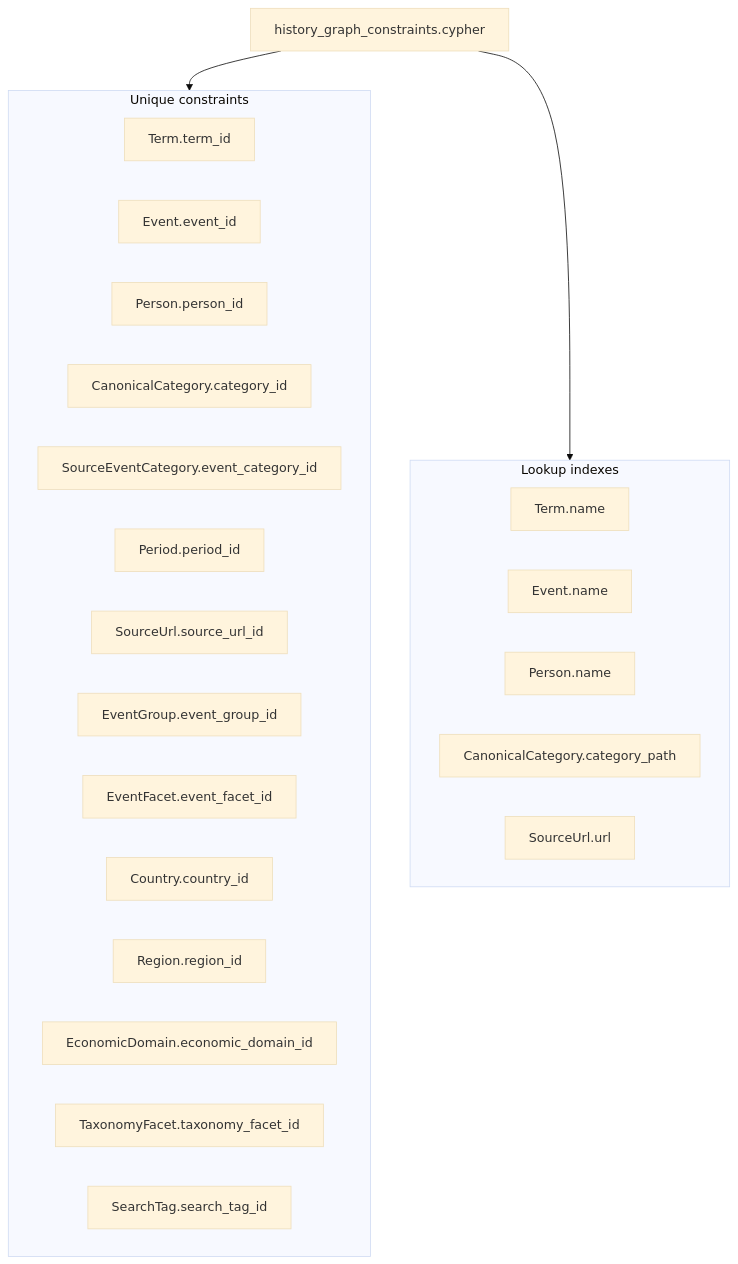
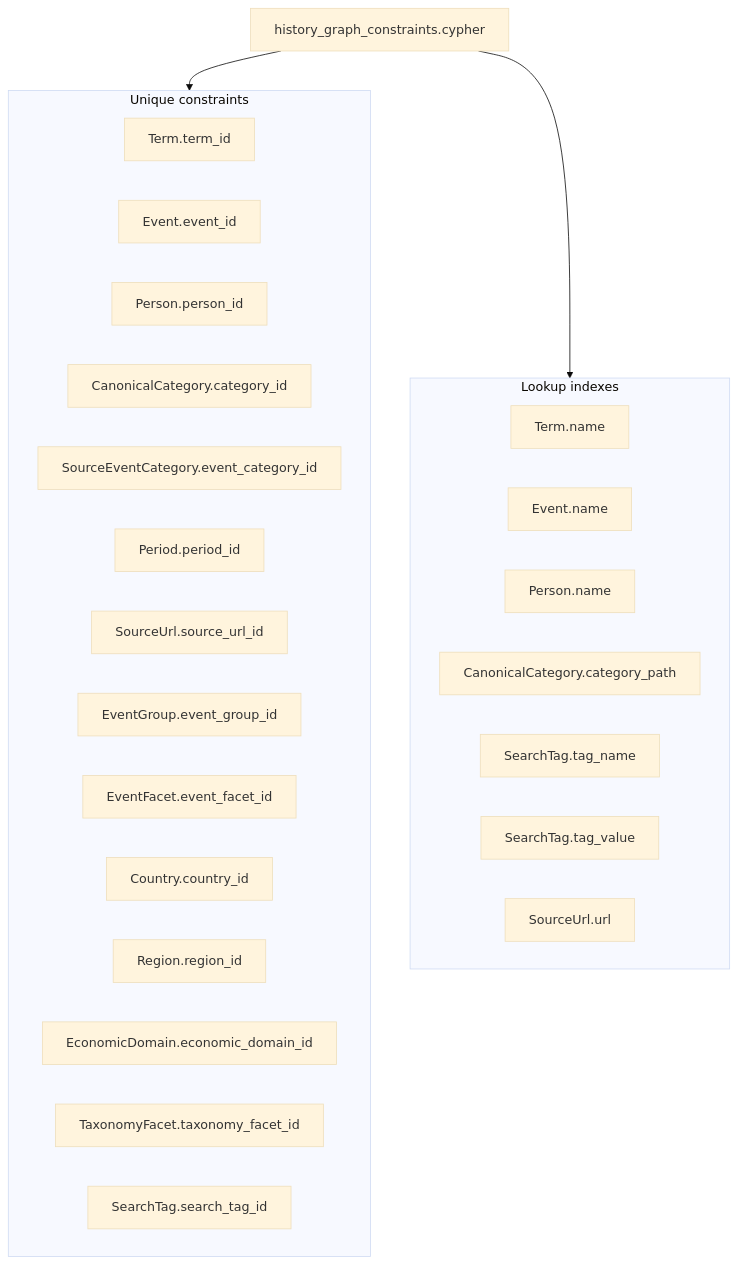
Diagram 18 of 20 in docs/neo4j/neo4j_implementation_mermaid_flow.md (SKNETWORKS-FAMILY-AICAMP/SKN27-FINAL-2Team), drawn with Mermaid (base theme) before and after one commit. The commit also changed other lines of this file and 20 other files, not shown here.

````diff
--- a/docs/neo4j/neo4j_implementation_mermaid_flow.md
+++ b/docs/neo4j/neo4j_implementation_mermaid_flow.md
@@ -766,32 +776,34 @@
 ```mermaid
 flowchart TB
     constraints["history_graph_constraints.cypher"]
 
     subgraph unique["Unique constraints"]
         u_term["Term.term_id"]
         u_event["Event.event_id"]
         u_person["Person.person_id"]
         u_category["CanonicalCategory.category_id"]
         u_source_cat["SourceEventCategory.event_category_id"]
         u_period["Period.period_id"]
         u_source_url["SourceUrl.source_url_id"]
         u_event_group["EventGroup.event_group_id"]
         u_event_facet["EventFacet.event_facet_id"]
         u_country["Country.country_id"]
         u_region["Region.region_id"]
         u_economic["EconomicDomain.economic_domain_id"]
         u_taxonomy["TaxonomyFacet.taxonomy_facet_id"]
         u_search_tag["SearchTag.search_tag_id"]
     end
 
     subgraph indexes["Lookup indexes"]
         i_term["Term.name"]
         i_event["Event.name"]
         i_person["Person.name"]
         i_category_path["CanonicalCategory.category_path"]
+        i_search_tag_name["SearchTag.tag_name"]
+        i_search_tag_value["SearchTag.tag_value"]
         i_url["SourceUrl.url"]
     end
 
     constraints --> unique
     constraints --> indexes
 ```
````
